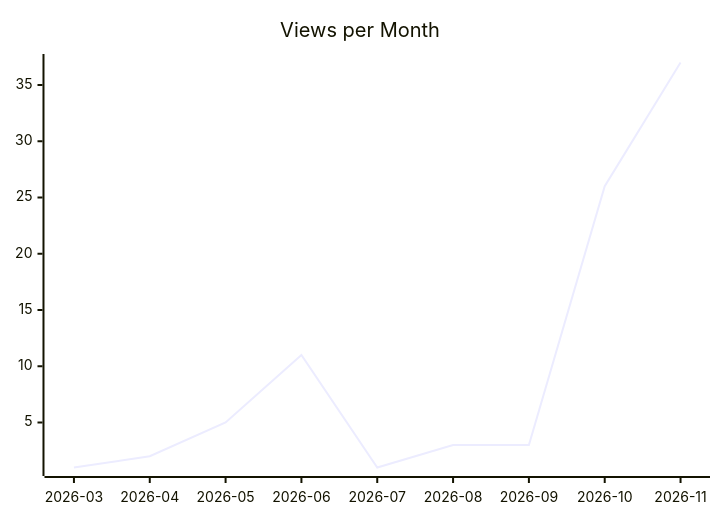
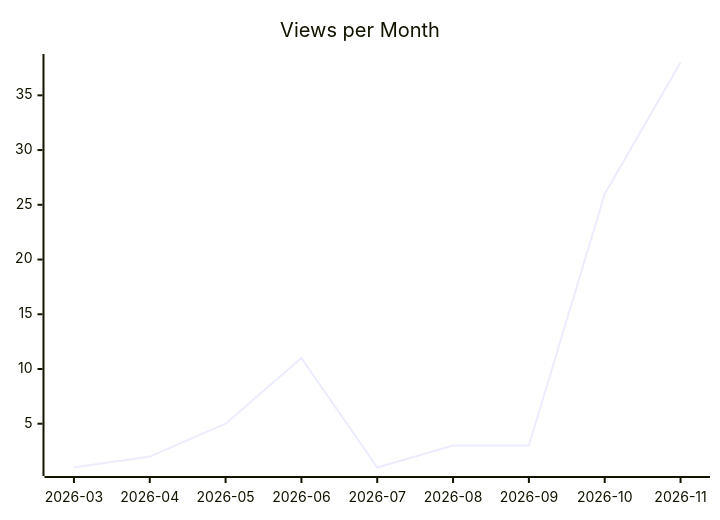
Before and after one commit to justdavis-family/github-analytics-data: the second of 3 diagrams in karlmdavis/justdavis-ansible/README.md, drawn with Mermaid. The commit also changed other lines of this file and 192 other files, not shown here.

````diff
--- a/karlmdavis/justdavis-ansible/README.md
+++ b/karlmdavis/justdavis-ansible/README.md
@@ -12,6 +12,6 @@
 ```mermaid
 xychart-beta
   title "Views per Month"
   x-axis ["2026-03", "2026-04", "2026-05", "2026-06", "2026-07", "2026-08", "2026-09", "2026-10", "2026-11"]
-  line [1, 2, 5, 11, 1, 3, 3, 26, 37]
+  line [1, 2, 5, 11, 1, 3, 3, 26, 38]
 ```
````
